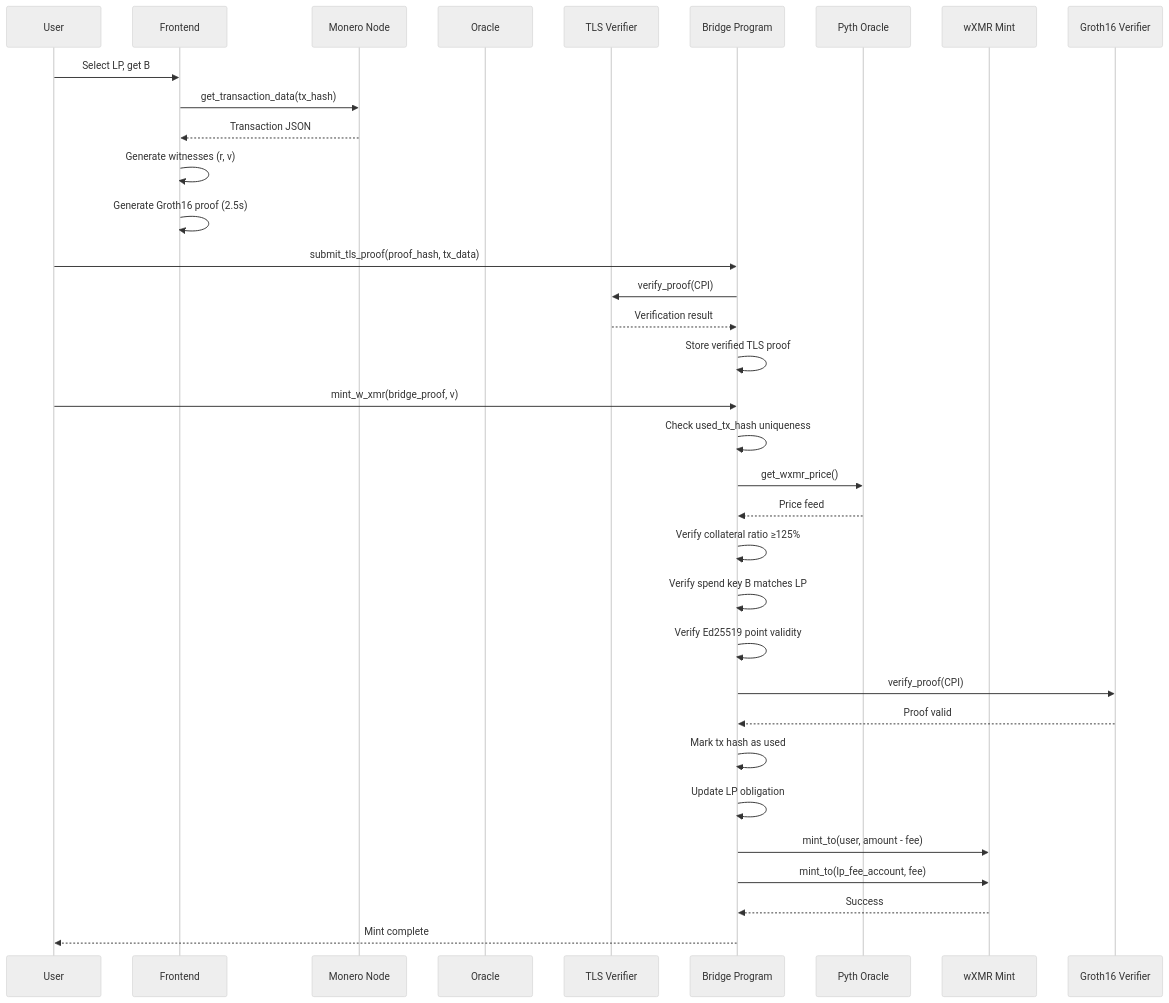
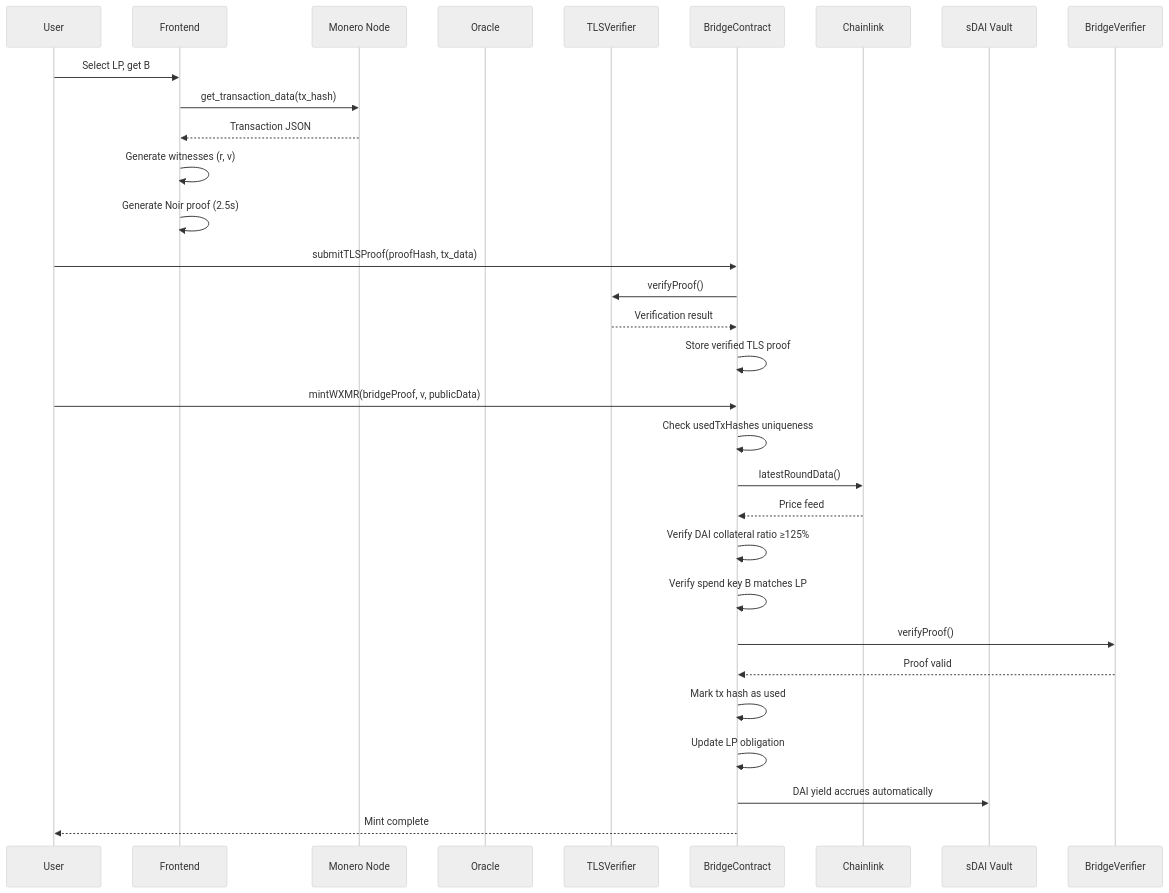
The first of 2 diagrams in SYNTHWRAP.md (madschristensen99/fungerbil), drawn with Mermaid (neutral theme) before and after one commit. The commit also changed other lines of this file, not shown here.

Commit message:
migrate to noir, evm arbitrum

````diff
--- a/SYNTHWRAP.md
+++ b/SYNTHWRAP.md
@@ -1275,38 +742,35 @@
 ```mermaid
 sequenceDiagram
     participant User
     participant Frontend
     participant Monero Node
     participant Oracle
-    participant TLS Verifier
-    participant Bridge Program
-    participant Pyth Oracle
-    participant wXMR Mint
+    participant TLSVerifier
+    participant BridgeContract
+    participant Chainlink
+    participant sDAI Vault
 
     User->>Frontend: Select LP, get B
     Frontend->>Monero Node: get_transaction_data(tx_hash)
     Monero Node-->>Frontend: Transaction JSON
     Frontend->>Frontend: Generate witnesses (r, v)
-    Frontend->>Frontend: Generate Groth16 proof (2.5s)
+    Frontend->>Frontend: Generate Noir proof (2.5s)
     
-    User->>Bridge Program: submit_tls_proof(proof_hash, tx_data)
-    Bridge Program->>TLS Verifier: verify_proof(CPI)
-    TLS Verifier-->>Bridge Program: Verification result
-    Bridge Program->>Bridge Program: Store verified TLS proof
+    User->>BridgeContract: submitTLSProof(proofHash, tx_data)
+    BridgeContract->>TLSVerifier: verifyProof()
+    TLSVerifier-->>BridgeContract: Verification result
+    BridgeContract->>BridgeContract: Store verified TLS proof
     
-    User->>Bridge Program: mint_w_xmr(bridge_proof, v)
-    Bridge Program->>Bridge Program: Check used_tx_hash uniqueness
-    Bridge Program->>Pyth Oracle: get_wxmr_price()
-    Pyth Oracle-->>Bridge Program: Price feed
-    Bridge Program->>Bridge Program: Verify collateral ratio ≥125%
-    Bridge Program->>Bridge Program: Verify spend key B matches LP
-    Bridge Program->>Bridge Program: Verify Ed25519 point validity
-    Bridge Program->>Groth16 Verifier: verify_proof(CPI)
-    Groth16 Verifier-->>Bridge Program: Proof valid
-    Bridge Program->>Bridge Program: Mark tx hash as used
-    Bridge Program->>Bridge Program: Update LP obligation
-    Bridge Program->>wXMR Mint: mint_to(user, amount - fee)
-    Bridge Program->>wXMR Mint: mint_to(lp_fee_account, fee)
-    wXMR Mint-->>Bridge Program: Success
-    Bridge Program-->>User: Mint complete
+    User->>BridgeContract: mintWXMR(bridgeProof, v, publicData)
+    BridgeContract->>BridgeContract: Check usedTxHashes uniqueness
+    BridgeContract->>Chainlink: latestRoundData()
+    Chainlink-->>BridgeContract: Price feed
+    BridgeContract->>BridgeContract: Verify DAI collateral ratio ≥125%
+    BridgeContract->>BridgeContract: Verify spend key B matches LP
+    BridgeContract->>BridgeVerifier: verifyProof()
+    BridgeVerifier-->>BridgeContract: Proof valid
+    BridgeContract->>BridgeContract: Mark tx hash as used
+    BridgeContract->>BridgeContract: Update LP obligation
+    BridgeContract->>sDAI Vault: DAI yield accrues automatically
+    BridgeContract-->>User: Mint complete
 ```
````
